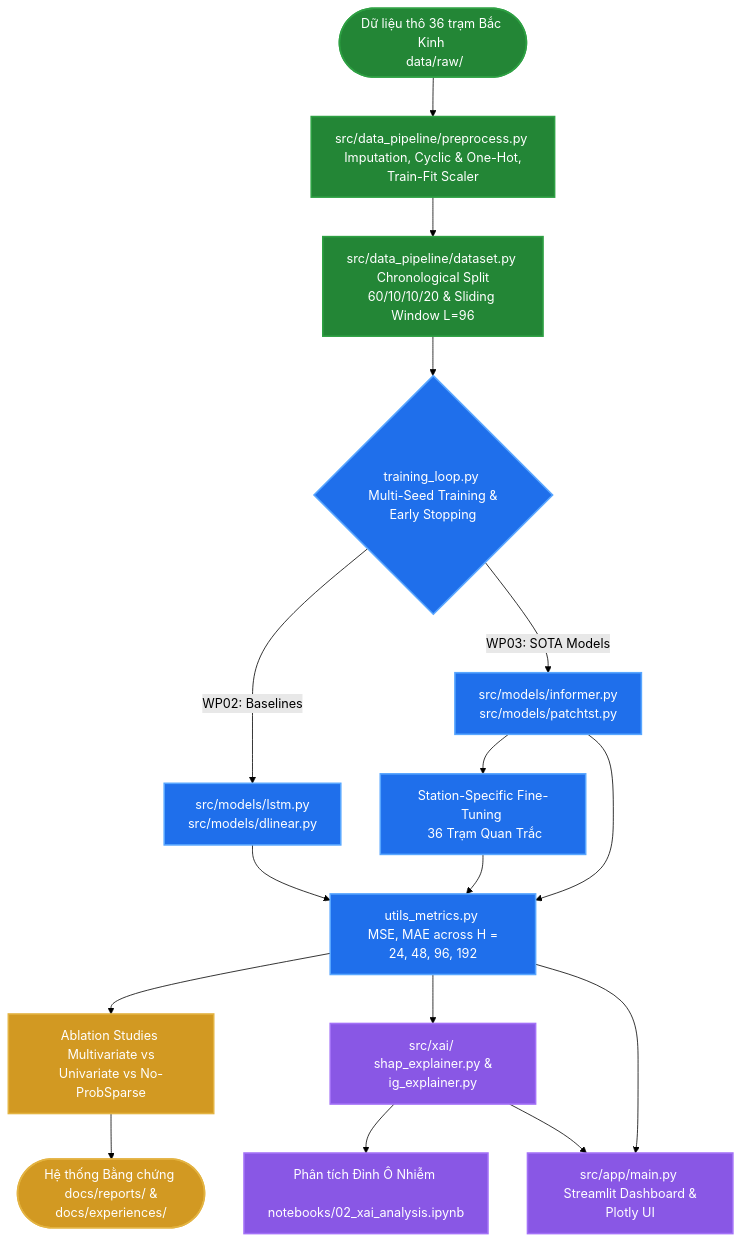
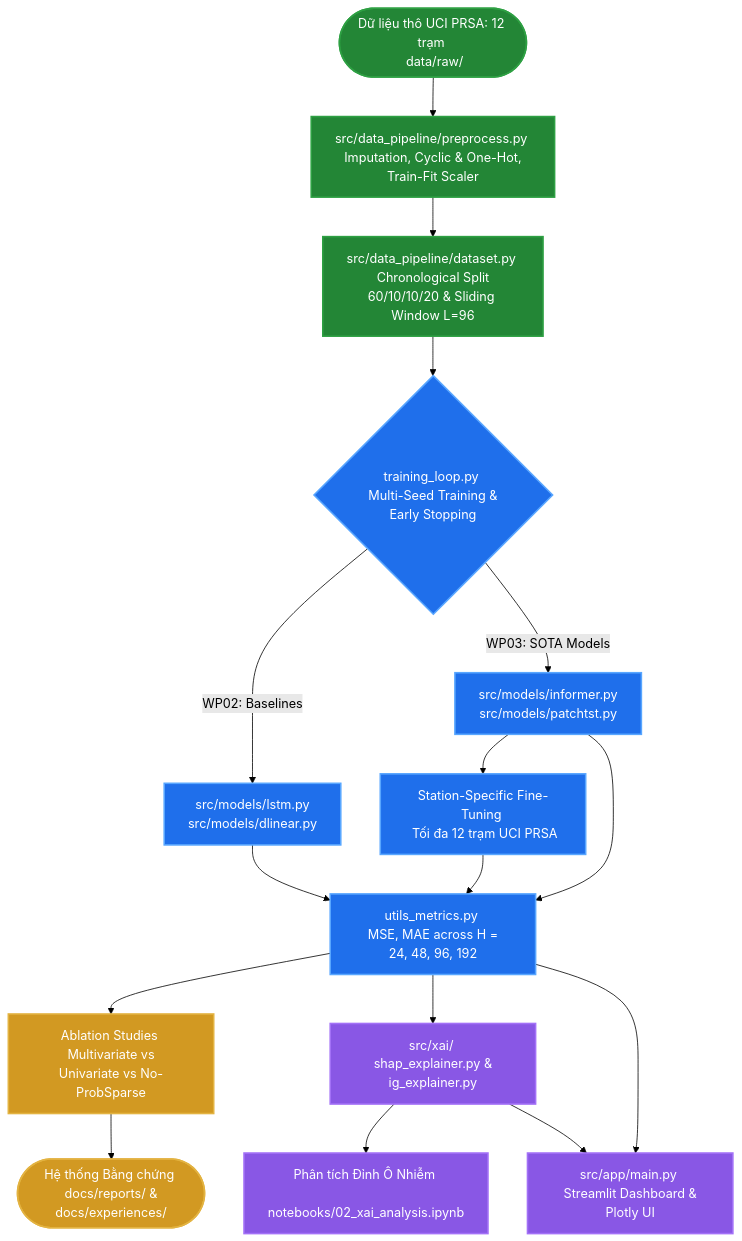
Before and after one commit to Duy-DS/Deep_Learning_Group: the diagram in course_project/AGENTS.md, drawn with Mermaid (forest theme). The commit also changed other lines of this file and 374 other files, not shown here.

````diff
--- a/course_project/AGENTS.md
+++ b/course_project/AGENTS.md
@@ -61,33 +61,33 @@
 ```mermaid
 graph TD
-    RawData([Dữ liệu thô 36 trạm Bắc Kinh <br> data/raw/]) --> Preprocess[src/data_pipeline/preprocess.py <br> Imputation, Cyclic & One-Hot, Train-Fit Scaler]
+    RawData([Dữ liệu thô UCI PRSA: 12 trạm <br> data/raw/]) --> Preprocess[src/data_pipeline/preprocess.py <br> Imputation, Cyclic & One-Hot, Train-Fit Scaler]
     Preprocess --> Dataset[src/data_pipeline/dataset.py <br> Chronological Split 60/10/10/20 & Sliding Window L=96]
 
     Dataset --> TrainingLoop{training_loop.py <br> Multi-Seed Training & Early Stopping}
 
     TrainingLoop -->|WP02: Baselines| Baselines[src/models/lstm.py <br> src/models/dlinear.py]
     TrainingLoop -->|WP03: SOTA Models| SOTAModels[src/models/informer.py <br> src/models/patchtst.py]
 
-    SOTAModels --> FineTune[Station-Specific Fine-Tuning <br> 36 Trạm Quan Trắc]
+    SOTAModels --> FineTune[Station-Specific Fine-Tuning <br> Tối đa 12 trạm UCI PRSA]
 
     Baselines --> Eval[utils_metrics.py <br> MSE, MAE across H = 24, 48, 96, 192]
     FineTune --> Eval
     SOTAModels --> Eval
 
     Eval --> Ablation[Ablation Studies <br> Multivariate vs Univariate vs No-ProbSparse]
     Eval --> XAI[src/xai/ <br> shap_explainer.py & ig_explainer.py]
 
     Ablation --> EvidenceLogs([Hệ thống Bằng chứng <br> docs/reports/ & docs/experiences/])
     XAI --> SmogAnalysis[Phân tích Đỉnh Ô Nhiễm <br> notebooks/02_xai_analysis.ipynb]
     XAI --> WebApp[src/app/main.py <br> Streamlit Dashboard & Plotly UI]
     Eval --> WebApp
 
     classDef data fill:#238636,stroke:#2ea043,stroke-width:2px,color:#fff;
     classDef model fill:#1f6feb,stroke:#58a6ff,stroke-width:2px,color:#fff;
     classDef xai fill:#8957e5,stroke:#a371f7,stroke-width:2px,color:#fff;
     classDef doc fill:#d29922,stroke:#e3b341,stroke-width:2px,color:#fff;
     class RawData,Preprocess,Dataset data;
     class TrainingLoop,Baselines,SOTAModels,FineTune,Eval model;
     class XAI,SmogAnalysis,WebApp xai;
     class Ablation,EvidenceLogs doc;
 ```
````
